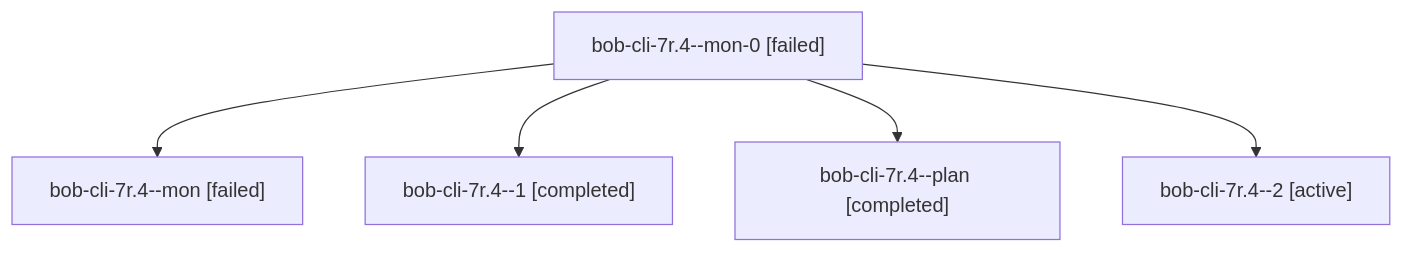
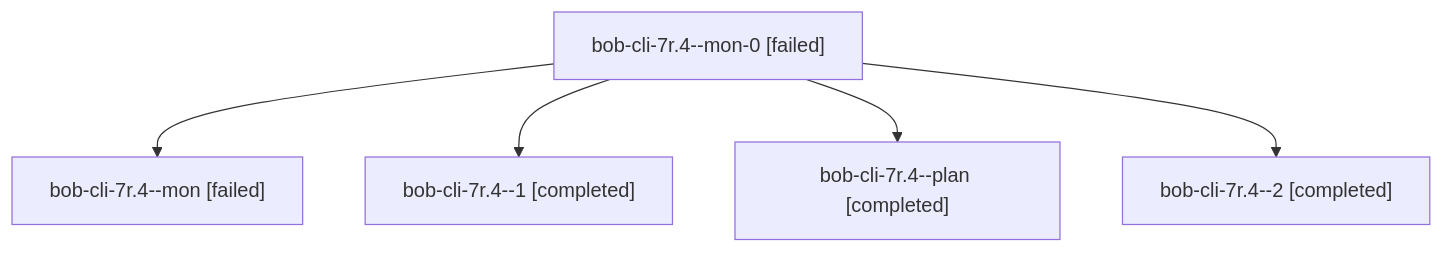
Before and after one commit to bobs-org/bob-cli--agents: the diagram in sessions/bbugyi200.athena.bob-cli-7r.4.md, drawn with Mermaid. The commit also changed other lines of this file and 22 other files, not shown here.

````diff
--- a/sessions/bbugyi200.athena.bob-cli-7r.4.md
+++ b/sessions/bbugyi200.athena.bob-cli-7r.4.md
@@ -9,12 +9,12 @@
 ```mermaid
 flowchart TD
   n0["bob-cli-7r.4--mon-0 [failed]"]
   n1["bob-cli-7r.4--mon [failed]"]
   n0 --> n1
   n2["bob-cli-7r.4--1 [completed]"]
   n0 --> n2
   n3["bob-cli-7r.4--plan [completed]"]
   n0 --> n3
-  n4["bob-cli-7r.4--2 [active]"]
+  n4["bob-cli-7r.4--2 [completed]"]
   n0 --> n4
 ```
````
